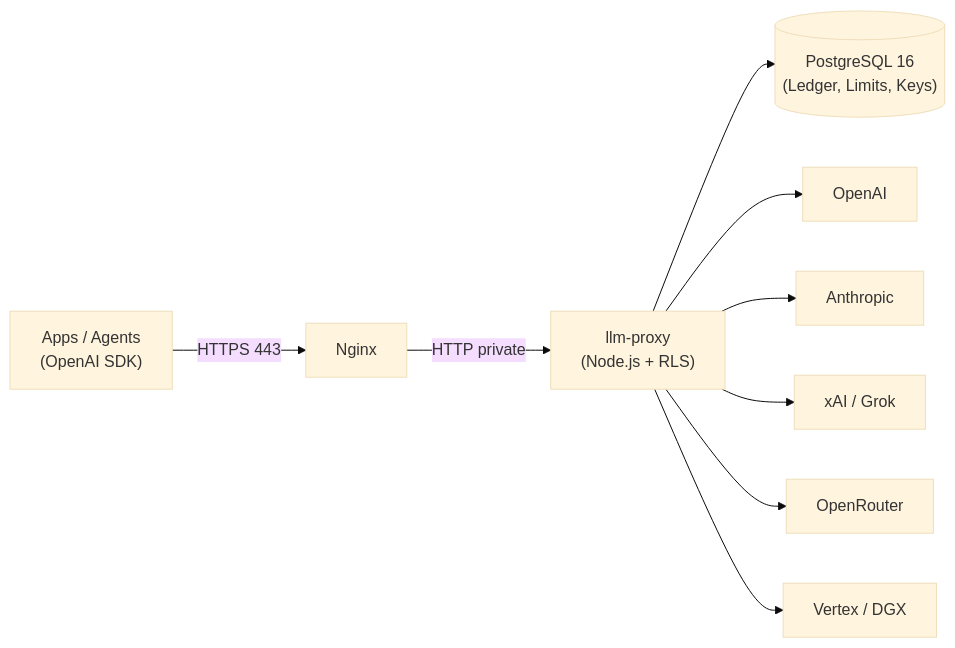
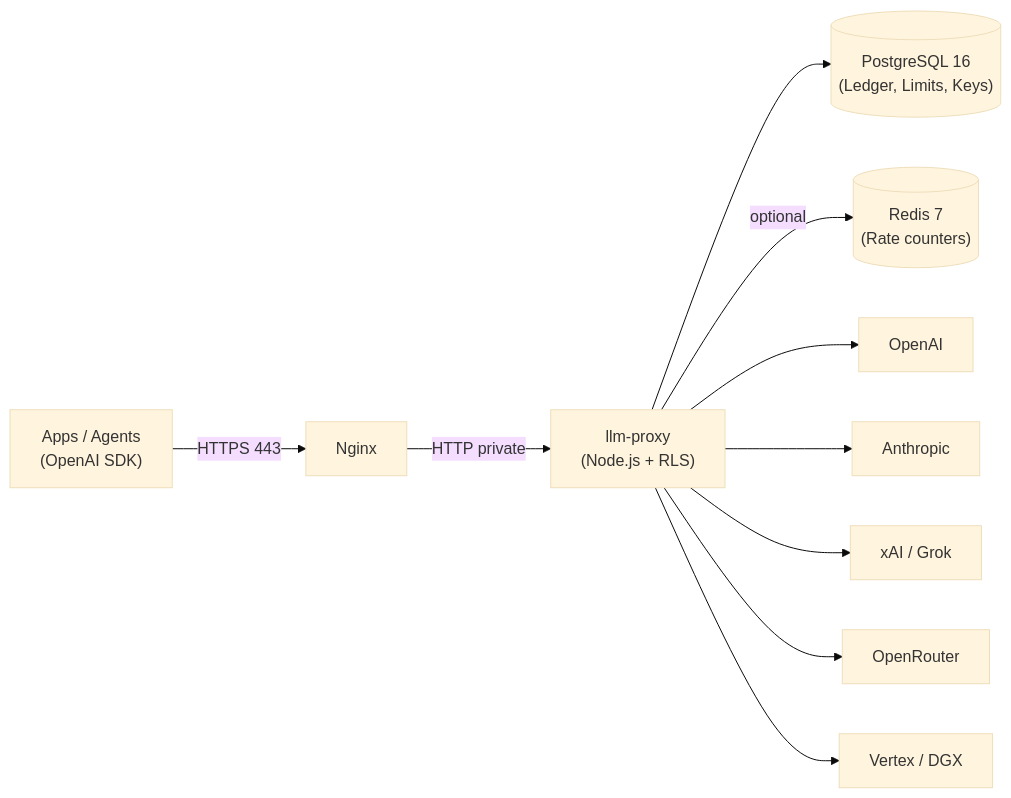
The diagram in README.md (niranta-life/llm-proxy), drawn with Mermaid (base theme) before and after one commit. The commit also changed other lines of this file and 59 other files, not shown here.

First line of the commit message:
Admit an approved hard rate from Redis.

````diff
--- a/README.md
+++ b/README.md
@@ -35,11 +35,12 @@
 ```mermaid
 flowchart LR
     A["Apps / Agents<br/>(OpenAI SDK)"] -->|"HTTPS 443"| N["Nginx"]
     N -->|"HTTP private"| B["llm-proxy<br/>(Node.js + RLS)"]
     B --> C[("PostgreSQL 16<br/>(Ledger, Limits, Keys)")]
+    B -->|"optional"| R[("Redis 7<br/>(Rate counters)")]
     B --> D["OpenAI"]
     B --> E["Anthropic"]
     B --> F["xAI / Grok"]
     B --> H["OpenRouter"]
     B --> G["Vertex / DGX"]
 ```
````
